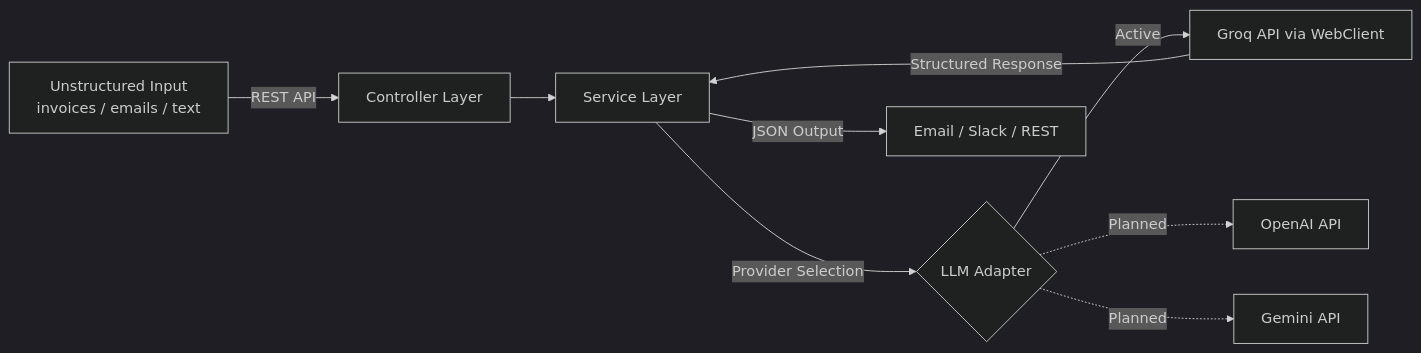
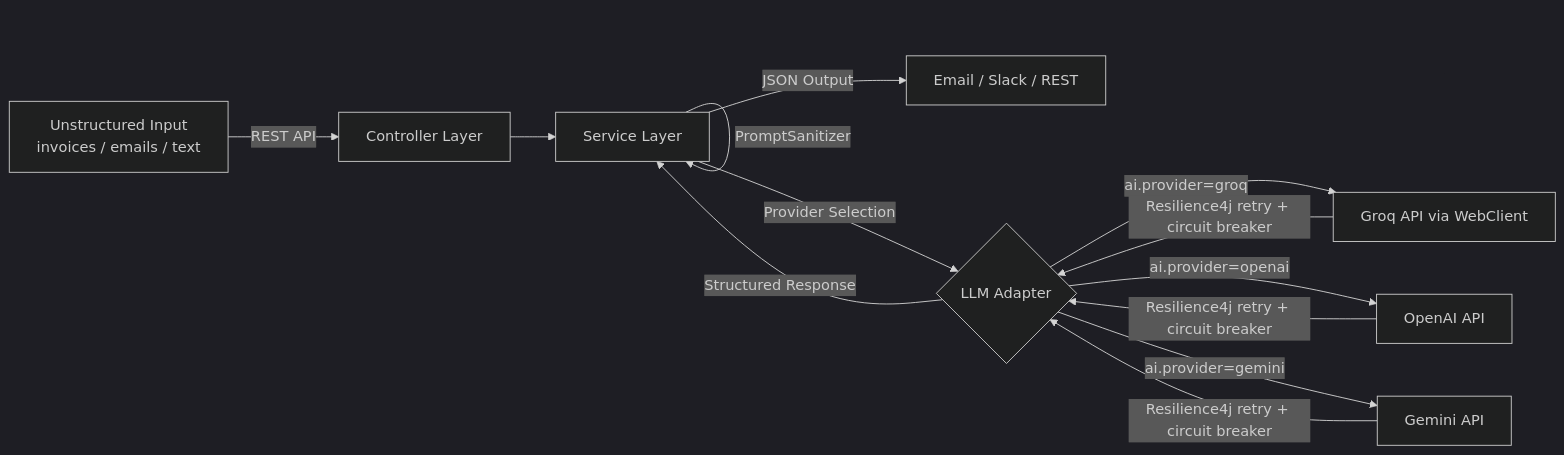
The diagram in README.md (corbellinipersonal-aps/logistics-ai-bridge), drawn with Mermaid (dark theme) before and after one commit. The commit also changed other lines of this file, not shown here.

Commit message:
docs: update README to reflect hexagonal arch, multi-provider AI, resilience4j, prompt injection

````diff
--- a/README.md
+++ b/README.md
@@ -64,12 +64,14 @@
 ```mermaid
 graph LR
     A[Unstructured Input
  invoices / emails / text] -->|REST API| B[Controller Layer]
     B --> C[Service Layer]
+    C -->|PromptSanitizer| C
     C -->|Provider Selection| D{LLM Adapter}
-    D -->|Active| E[Groq API via WebClient]
-    D -.->|Planned| F[OpenAI API]
-    D -.->|Planned| G[Gemini API]
-    E -->|Structured Response| C
+    D -->|ai.provider=groq| E[Groq API via WebClient]
+    D -->|ai.provider=openai| F[OpenAI API]
+    D -->|ai.provider=gemini| G[Gemini API]
+    E & F & G -->|Resilience4j retry + circuit breaker| D
+    D -->|Structured Response| C
     C -->|JSON Output| H[Email / Slack / REST]
 ```
````
